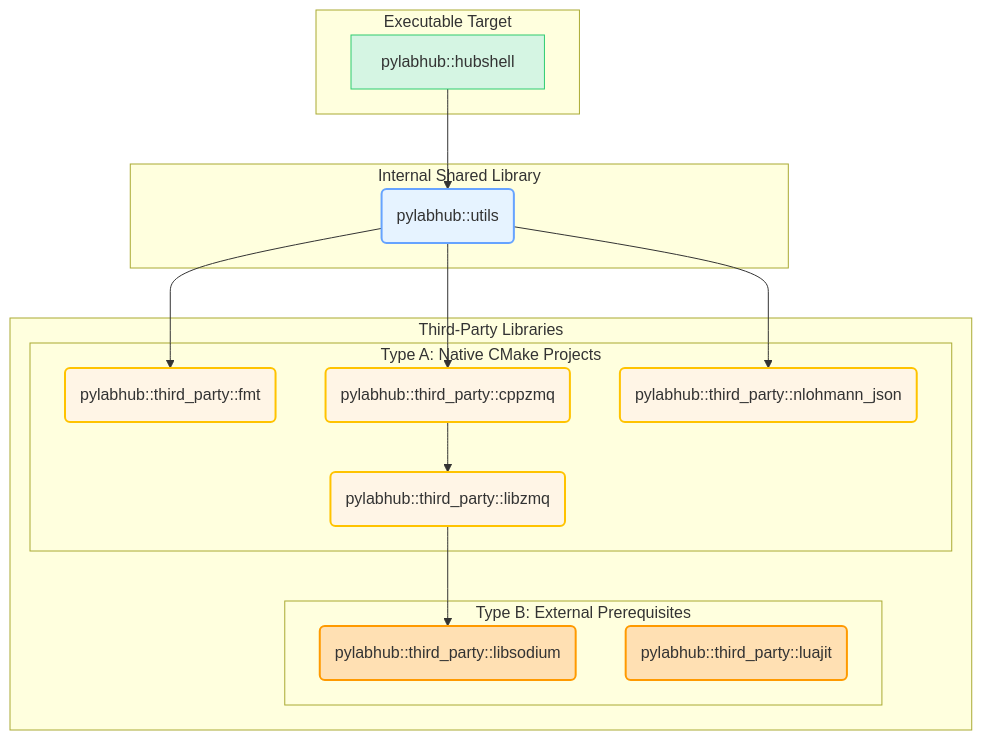
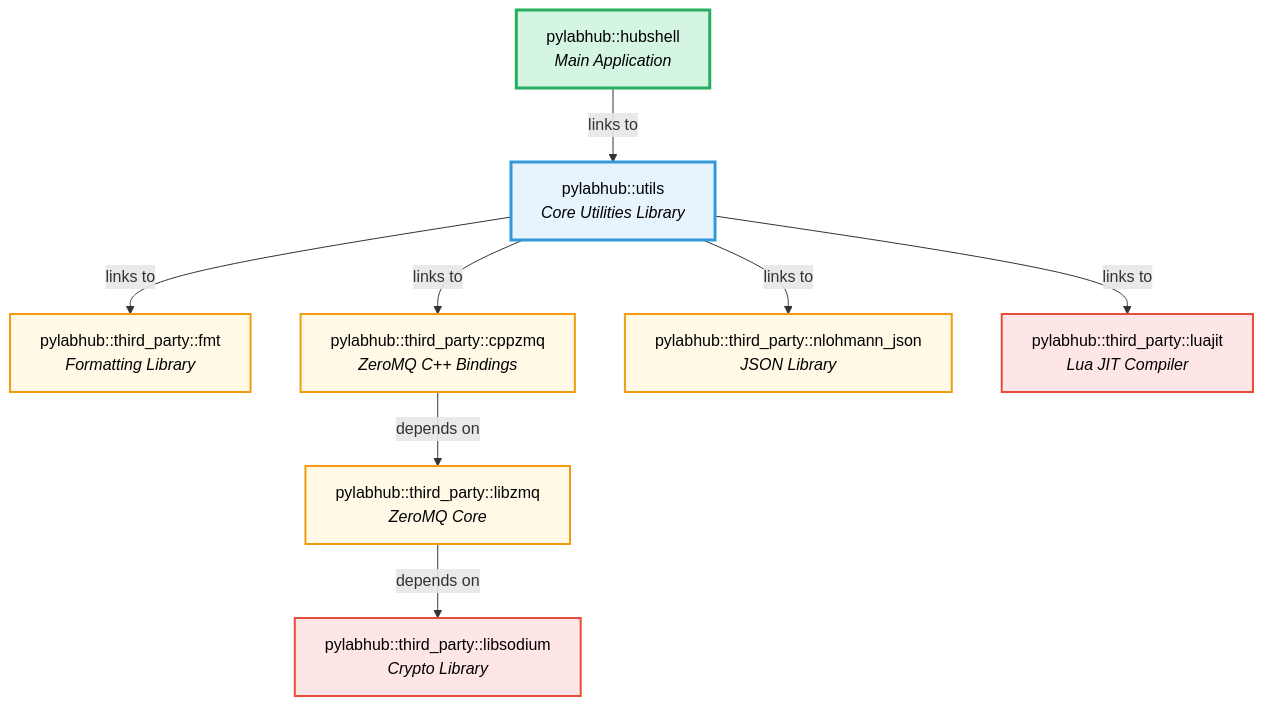
Before and after one commit to Qing-LAB/pylabhub: the first of 3 diagrams in cpp/docs/README_CMake_Design.md, drawn with Mermaid. The commit also changed other lines of this file and 2 other files, not shown here.

````diff
--- a/cpp/docs/README_CMake_Design.md
+++ b/cpp/docs/README_CMake_Design.md
@@ -133,39 +182,38 @@
 ```mermaid
 graph TD
-    subgraph "Executable Target"
-        A[pylabhub::hubshell]
-    end
-
-    subgraph "Internal Shared Library"
-        B(pylabhub::utils)
-    end
-
-    subgraph "Third-Party Libraries"
-        subgraph "Type A: Native CMake Projects"
-            C(pylabhub::third_party::fmt)
-            D(pylabhub::third_party::cppzmq)
-            E(pylabhub::third_party::nlohmann_json)
-            F(pylabhub::third_party::libzmq)
-        end
-        subgraph "Type B: External Prerequisites"
-            G(pylabhub::third_party::libsodium)
-            H(pylabhub::third_party::luajit)
-        end
-    end
-
-    A --> B;
-    B --> C;
-    B --> D;
-    B --> E;
-    D --> F;
-    F --> G;
-
-    style A fill:#D5F5E3,stroke:#2ECC71
-    style B fill:#E6F3FF,stroke:#66a3ff,stroke-width:2px
-    style C fill:#FFF5E6,stroke:#FFC300,stroke-width:2px
-    style D fill:#FFF5E6,stroke:#FFC300,stroke-width:2px
-    style E fill:#FFF5E6,stroke:#FFC300,stroke-width:2px
-    style F fill:#FFF5E6,stroke:#FFC300,stroke-width:2px
-    style G fill:#FFE0B3,stroke:#FF9A00,stroke-width:2px
-    style H fill:#FFE0B3,stroke:#FF9A00,stroke-width:2px
+    %% Main Application
+    A[pylabhub::hubshell<br/><i>Main Application</i>]
+    
+    %% Internal Library
+    B[pylabhub::utils<br/><i>Core Utilities Library</i>]
+    
+    %% Type A: Native CMake Third-Party
+    C[pylabhub::third_party::fmt<br/><i>Formatting Library</i>]
+    D[pylabhub::third_party::cppzmq<br/><i>ZeroMQ C++ Bindings</i>]
+    E[pylabhub::third_party::nlohmann_json<br/><i>JSON Library</i>]
+    F[pylabhub::third_party::libzmq<br/><i>ZeroMQ Core</i>]
+    
+    %% Type B: External Prerequisites
+    G[pylabhub::third_party::libsodium<br/><i>Crypto Library</i>]
+    H[pylabhub::third_party::luajit<br/><i>Lua JIT Compiler</i>]
+    
+    %% Dependencies
+    A -->|links to| B
+    B -->|links to| C
+    B -->|links to| D
+    B -->|links to| E
+    B -->|links to| H
+    D -->|depends on| F
+    F -->|depends on| G
+    
+    %% Styling
+    classDef executable fill:#D5F5E3,stroke:#27AE60,stroke-width:3px,color:#000
+    classDef internal fill:#E8F4FD,stroke:#3498DB,stroke-width:3px,color:#000
+    classDef typeA fill:#FFF9E6,stroke:#F39C12,stroke-width:2px,color:#000
+    classDef typeB fill:#FFE6E6,stroke:#E74C3C,stroke-width:2px,color:#000
+    
+    class A executable
+    class B internal
+    class C,D,E,F typeA
+    class G,H typeB
 ```
````
